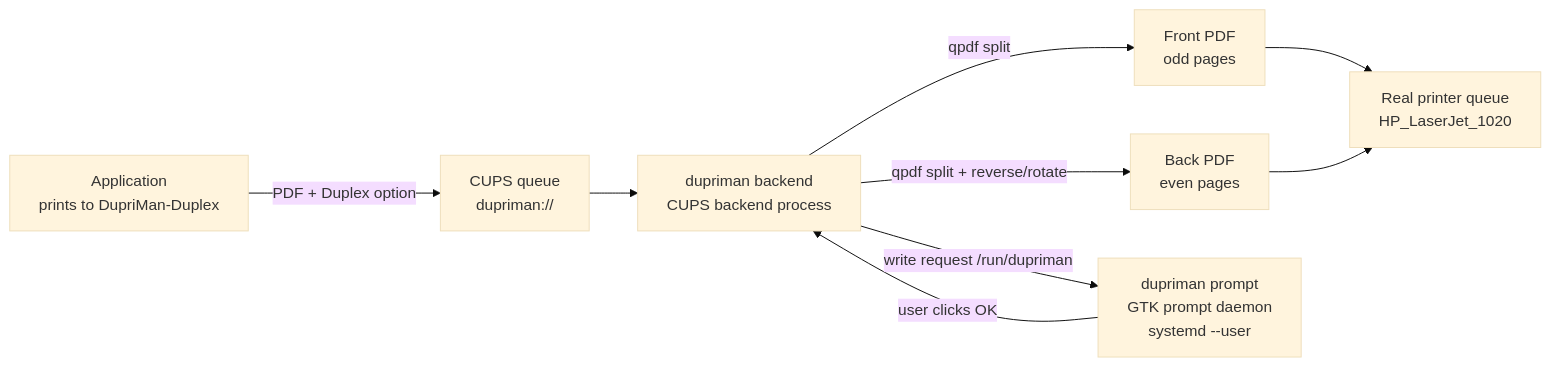
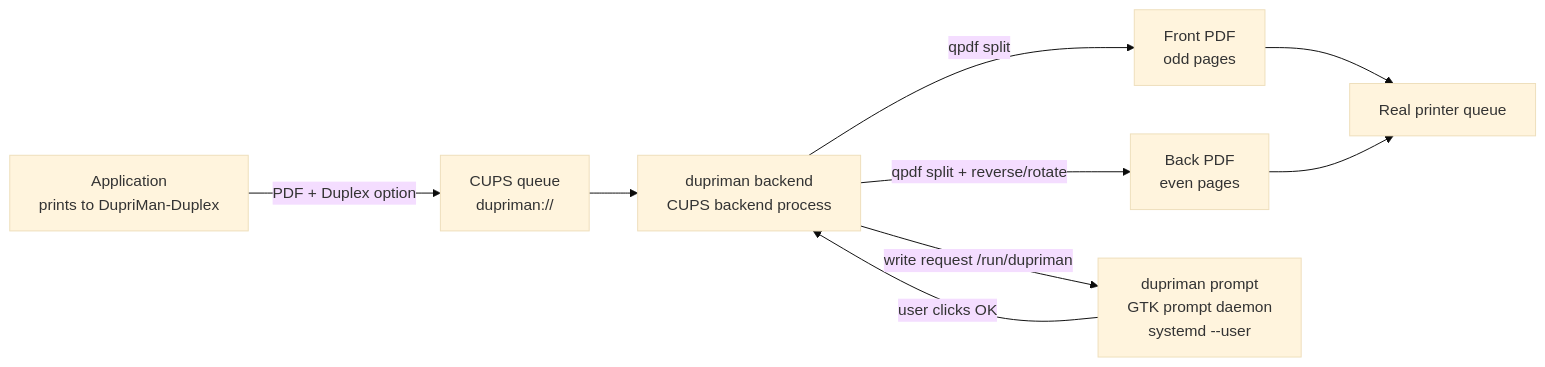
Before and after one commit to OrdChaos/dupriman: the diagram in README.md, drawn with Mermaid (base theme). The commit also changed other lines of this file and 2 other files, not shown here.

First line of the commit message:
docs(readme): update flow diagram, remove packaging section, and refine hardware note

````diff
--- a/README.md
+++ b/README.md
@@ -15,11 +15,11 @@
 ```mermaid
 flowchart LR
     A[Application<br/>prints to DupriMan-Duplex] -->|PDF + Duplex option| B[CUPS queue<br/>dupriman://]
     B --> C[dupriman backend<br/>CUPS backend process]
     C -->|qpdf split| D[Front PDF<br/>odd pages]
     C -->|qpdf split + reverse/rotate| E[Back PDF<br/>even pages]
-    D --> F[Real printer queue<br/>HP_LaserJet_1020]
+    D --> F[Real printer queue]
     C -->|write request /run/dupriman| G[dupriman prompt<br/>GTK prompt daemon<br/>systemd --user]
     G -->|user clicks OK| C
     E --> F
 ```
````
